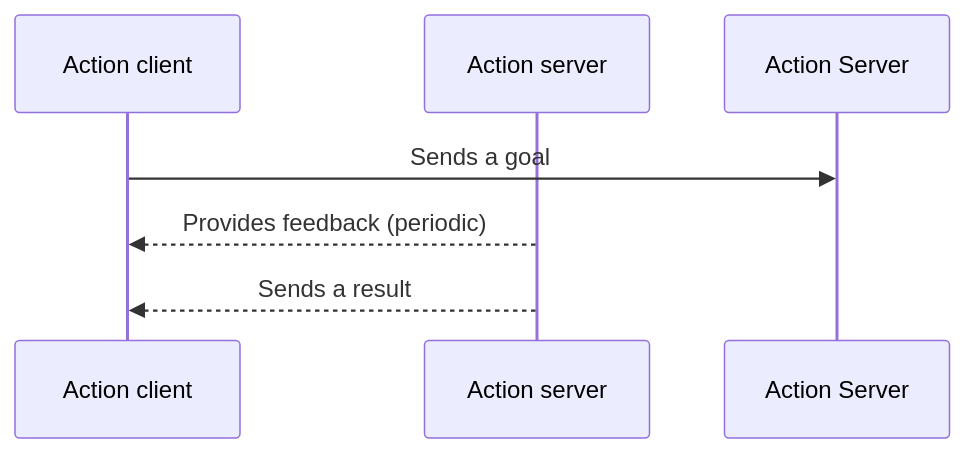
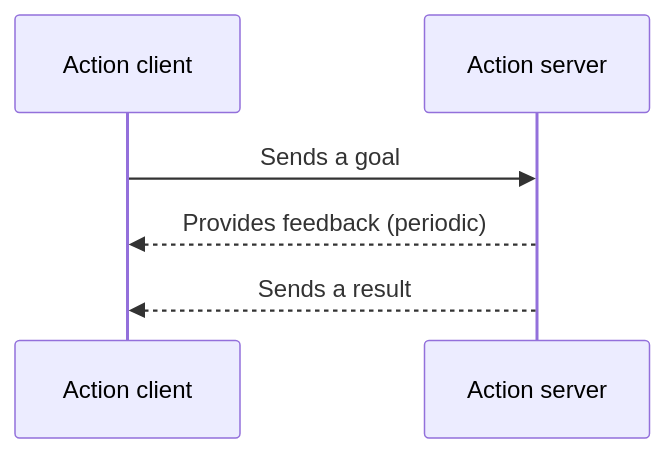
The third of 3 diagrams in source/ROS-Framework/Interfaces-Topics-Services-Actions.rst (ros2/ros2_documentation), drawn with Mermaid before and after one commit.

Commit message:
Fix wrong Server case

```diff
--- a/source/ROS-Framework/Interfaces-Topics-Services-Actions.rst
+++ b/source/ROS-Framework/Interfaces-Topics-Services-Actions.rst
@@ -114,8 +114,8 @@
 .. mermaid::
 
    sequenceDiagram
     participant Action client
     participant Action server
-    Action client->>Action Server: Sends a goal
+    Action client->>Action server: Sends a goal
     Action server-->>Action client: Provides feedback (periodic)
     Action server-->>Action client: Sends a result
```
